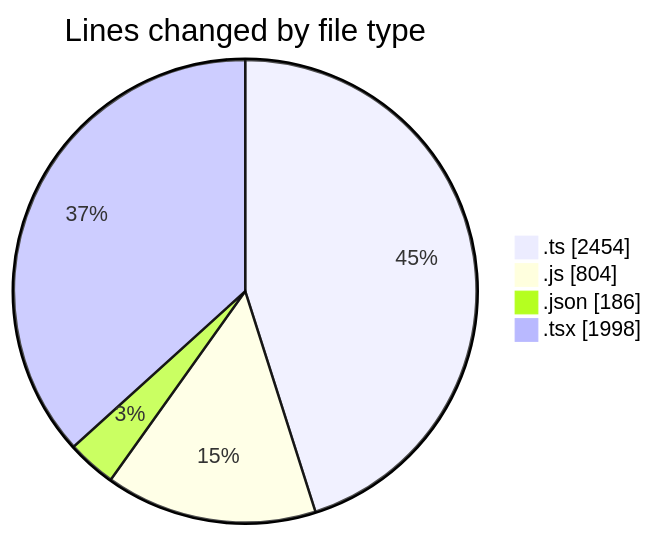
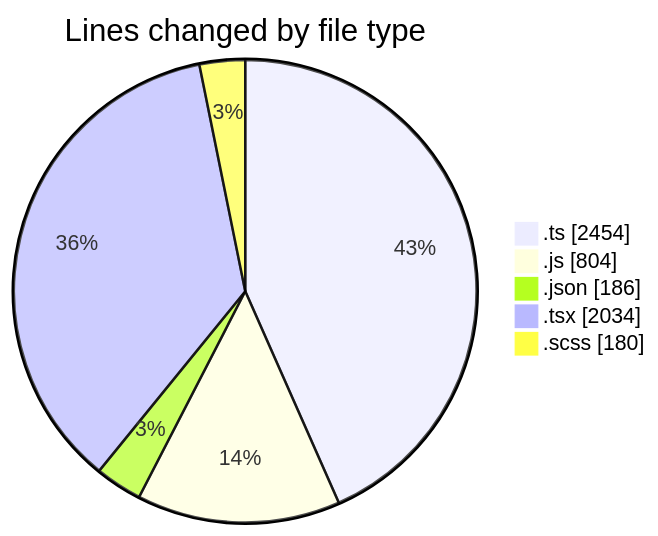
Before and after one commit to momahboobian/code-tracking: the first of 2 diagrams in 2026-06-18/cda/README.md, drawn with Mermaid. The commit also changed other lines of this file and 1 other file, not shown here.

````diff
--- a/2026-06-18/cda/README.md
+++ b/2026-06-18/cda/README.md
@@ -48,8 +49,9 @@
 ```mermaid
 pie showData
 title Lines changed by file type
 ".ts" : 2454
 ".js" : 804
 ".json" : 186
-".tsx" : 1998
+".tsx" : 2034
+".scss" : 180
 ```
````
